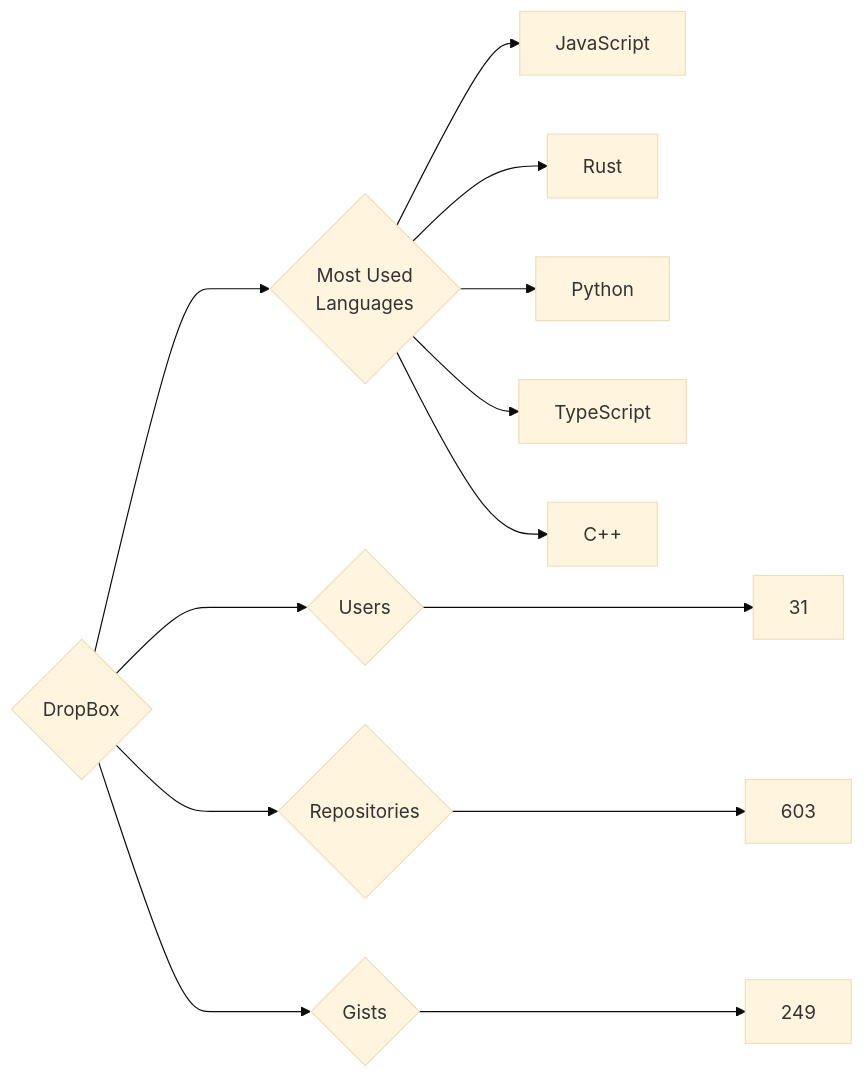
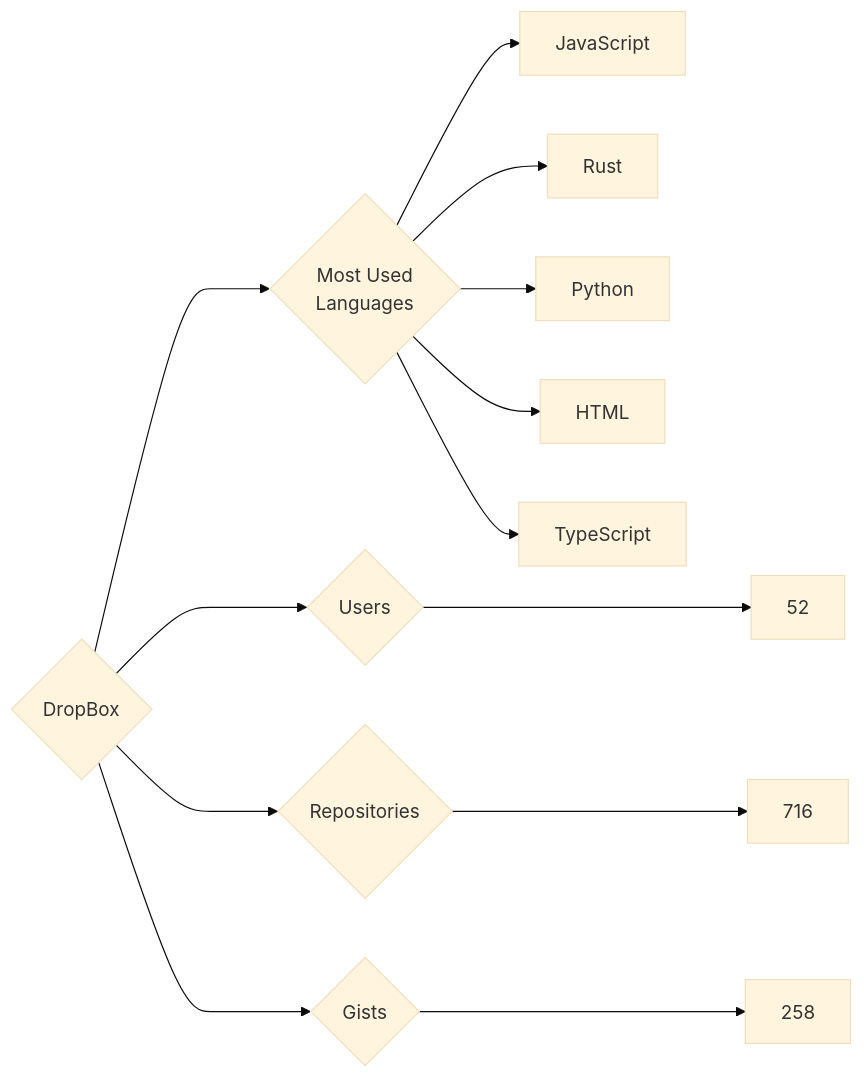
The diagram in targets/DropBox/README.md (trickest/insiders), drawn with Mermaid (base theme) before and after one commit. The commit also changed 639 other files, not shown here.

````diff
--- a/targets/DropBox/README.md
+++ b/targets/DropBox/README.md
@@ -3,13 +3,13 @@
 ```mermaid
 graph LR
 COMPANY_NAME{DropBox}
-COMPANY_NAME ---> U{Users} ---> UN[31]
-COMPANY_NAME ---> R{Repositories} ---> RN[603]
-COMPANY_NAME ---> G{Gists} ---> GN[249]
+COMPANY_NAME ---> U{Users} ---> UN[52]
+COMPANY_NAME ---> R{Repositories} ---> RN[716]
+COMPANY_NAME ---> G{Gists} ---> GN[258]
 COMPANY_NAME ---> ML{Most Used<br>Languages}
 ML --> JavaScript[JavaScript]
 ML --> Rust[Rust]
 ML --> Python[Python]
+ML --> HTML[HTML]
 ML --> TypeScript[TypeScript]
-ML --> C++[C++]
 ```
````
